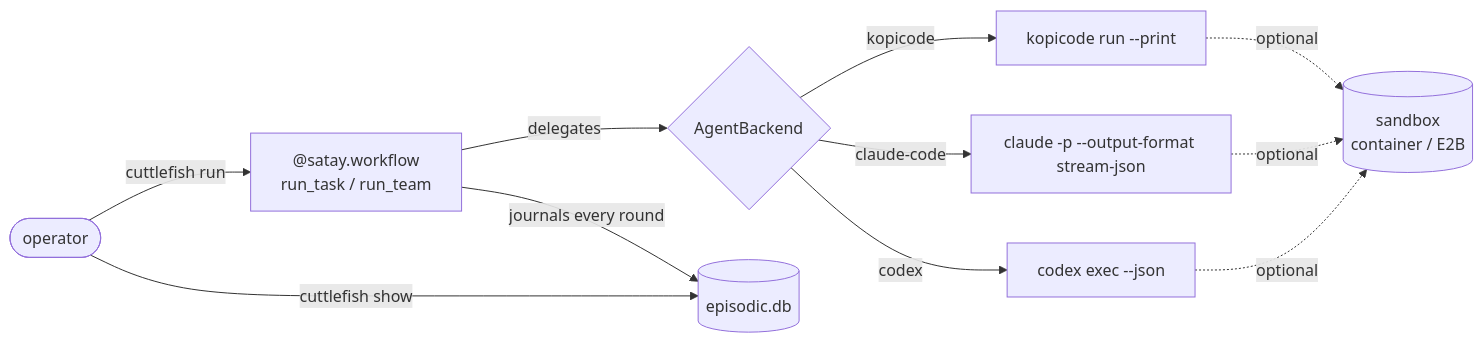
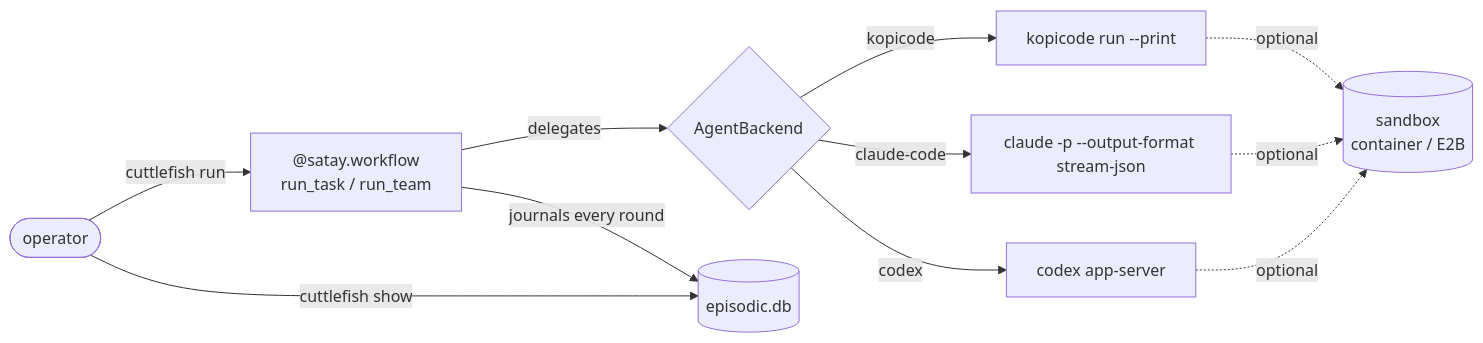
Before and after one commit to leejianrong/cuttlefish-crew: the diagram in docs-site/architecture.md, drawn with Mermaid. The commit also changed other lines of this file and 17 other files, not shown here.

Commit message:
feat(codex): V4-M - Codex over app-server: commands and edits are decided by the shared policy, or put to a person under Needs you (#122)

````diff
--- a/docs-site/architecture.md
+++ b/docs-site/architecture.md
@@ -15,13 +15,13 @@
 ```mermaid
 flowchart LR
     Operator(["operator"]) -->|cuttlefish run| Workflow["@satay.workflow<br/>run_task / run_team"]
     Workflow -->|delegates| Backend{AgentBackend}
     Backend -->|kopicode| Kopicode["kopicode run --print"]
     Backend -->|claude-code| Claude["claude -p --output-format stream-json"]
-    Backend -->|codex| Codex["codex exec --json"]
+    Backend -->|codex| Codex["codex app-server"]
     Kopicode -.->|optional| Sandbox[("sandbox<br/>container / E2B")]
     Claude -.->|optional| Sandbox
     Codex -.->|optional| Sandbox
     Workflow -->|journals every round| Journal[("episodic.db")]
     Operator -->|cuttlefish show| Journal
 ```
````
